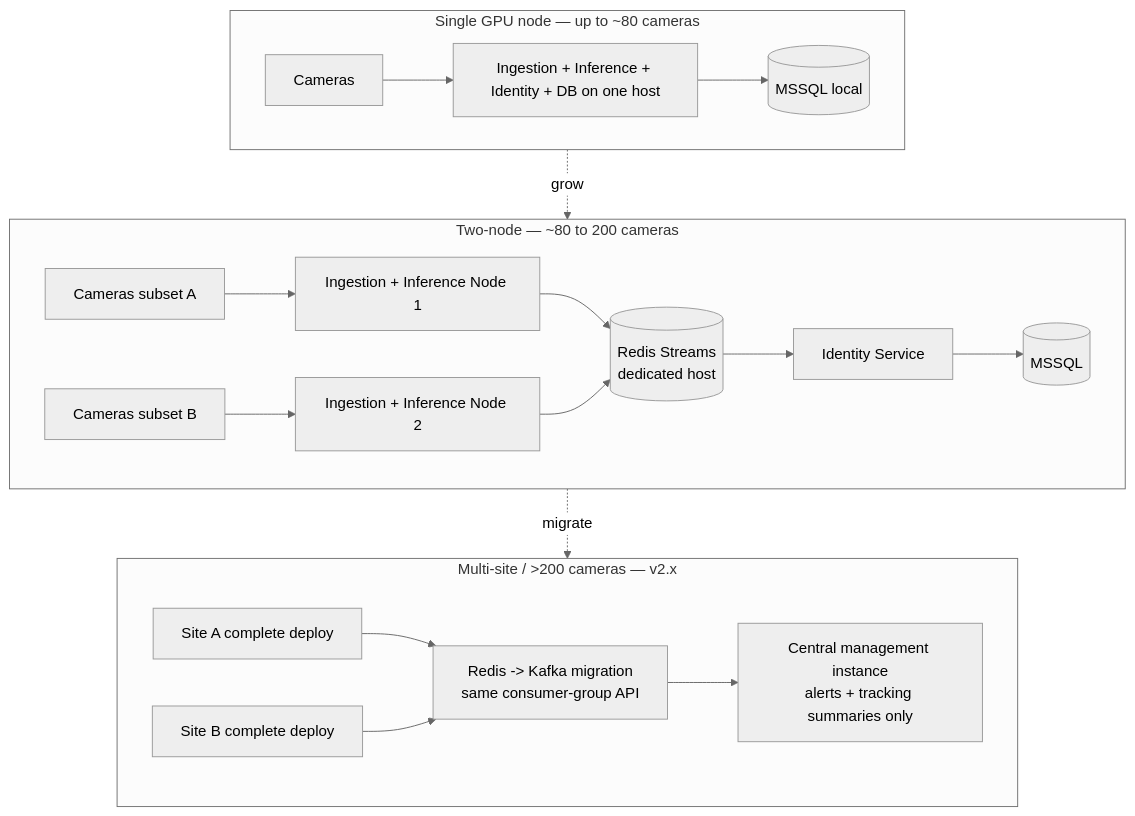
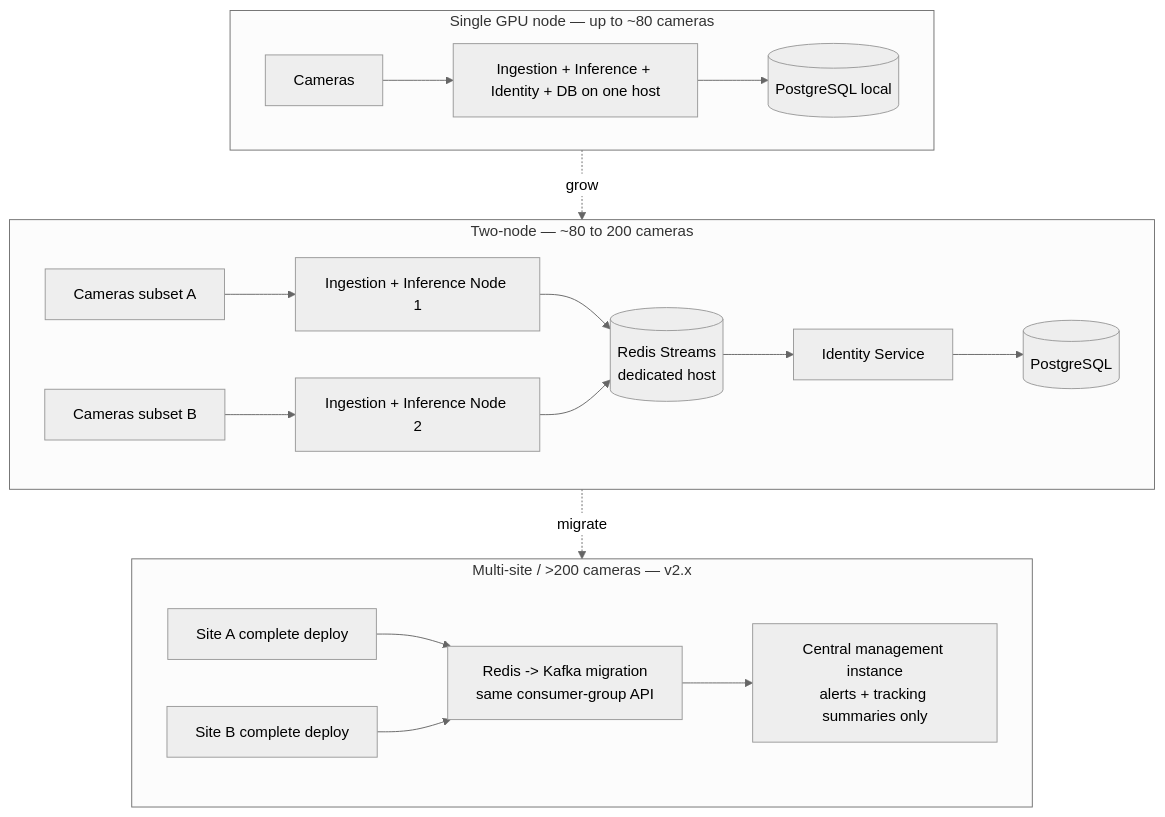
One commit to gurvirdhanjal/cctv-surveillance changed the eighth of 11 diagrams in README.md. Above: the diagram before and after it, drawn with Mermaid (neutral theme). The commit also changed other lines of this file and 11 other files, not shown here.

First line of the commit message:
chore: eliminate SQLite — PostgreSQL + pgvector is the only backend

````diff
--- a/README.md
+++ b/README.md
@@ -442,25 +442,25 @@
 ```mermaid
 flowchart TB
     subgraph Single["Single GPU node — up to ~80 cameras"]
         S1[Cameras] --> S2[Ingestion + Inference + Identity + DB on one host]
-        S2 --> S3[(MSSQL local)]
+        S2 --> S3[(PostgreSQL local)]
     end
 
     subgraph TwoNode["Two-node — ~80 to 200 cameras"]
         T1[Cameras subset A] --> TI1[Ingestion + Inference Node 1]
         T2[Cameras subset B] --> TI2[Ingestion + Inference Node 2]
         TI1 --> TR[(Redis Streams<br/>dedicated host)]
         TI2 --> TR
         TR --> TID[Identity Service]
-        TID --> TD[(MSSQL)]
+        TID --> TD[(PostgreSQL)]
     end
 
     subgraph MultiSite["Multi-site / >200 cameras — v2.x"]
         M1[Site A complete deploy] --> MR[Redis -> Kafka migration<br/>same consumer-group API]
         M2[Site B complete deploy] --> MR
         MR --> MC[Central management instance<br/>alerts + tracking summaries only]
     end
 
     Single -.->|grow| TwoNode
     TwoNode -.->|migrate| MultiSite
 ```
````
